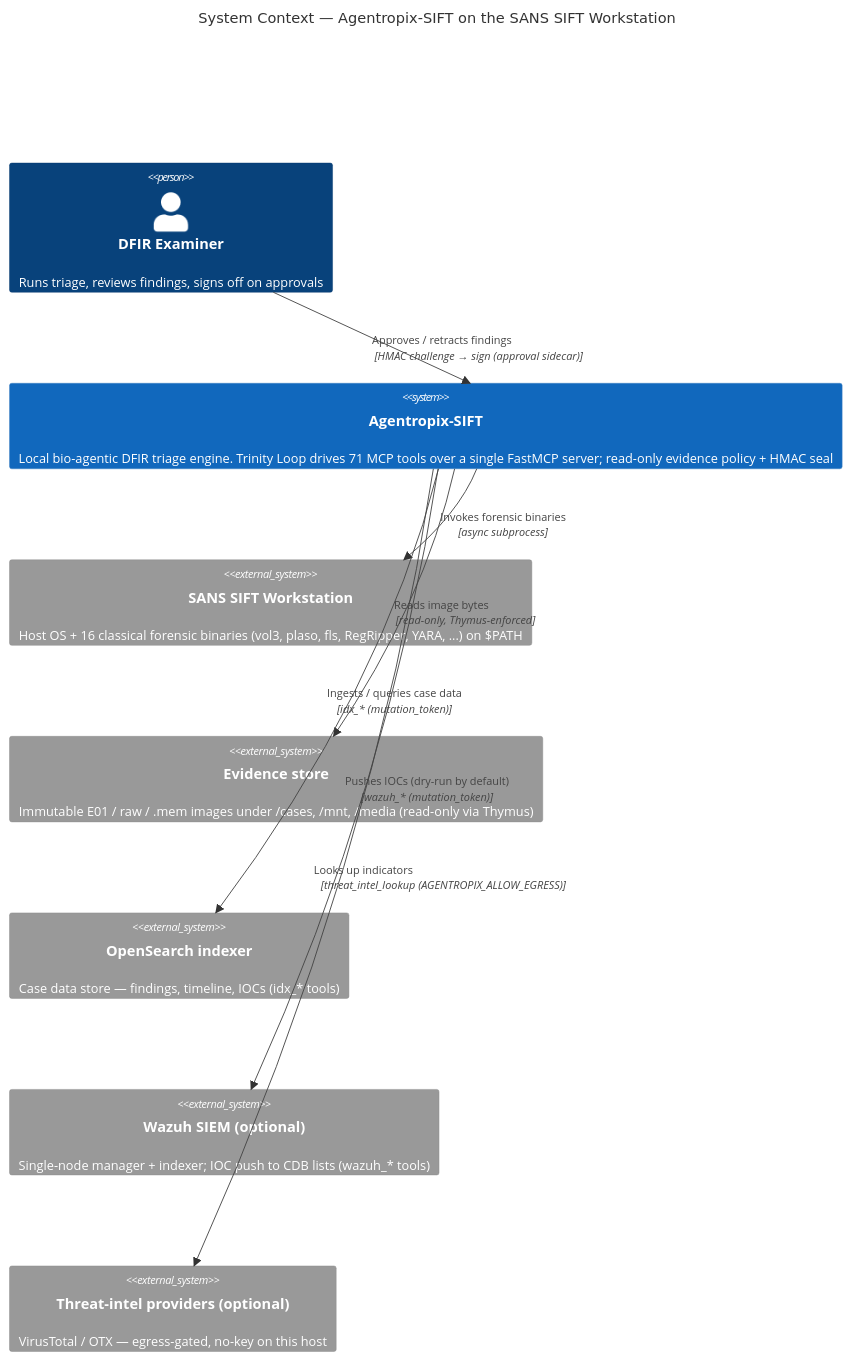
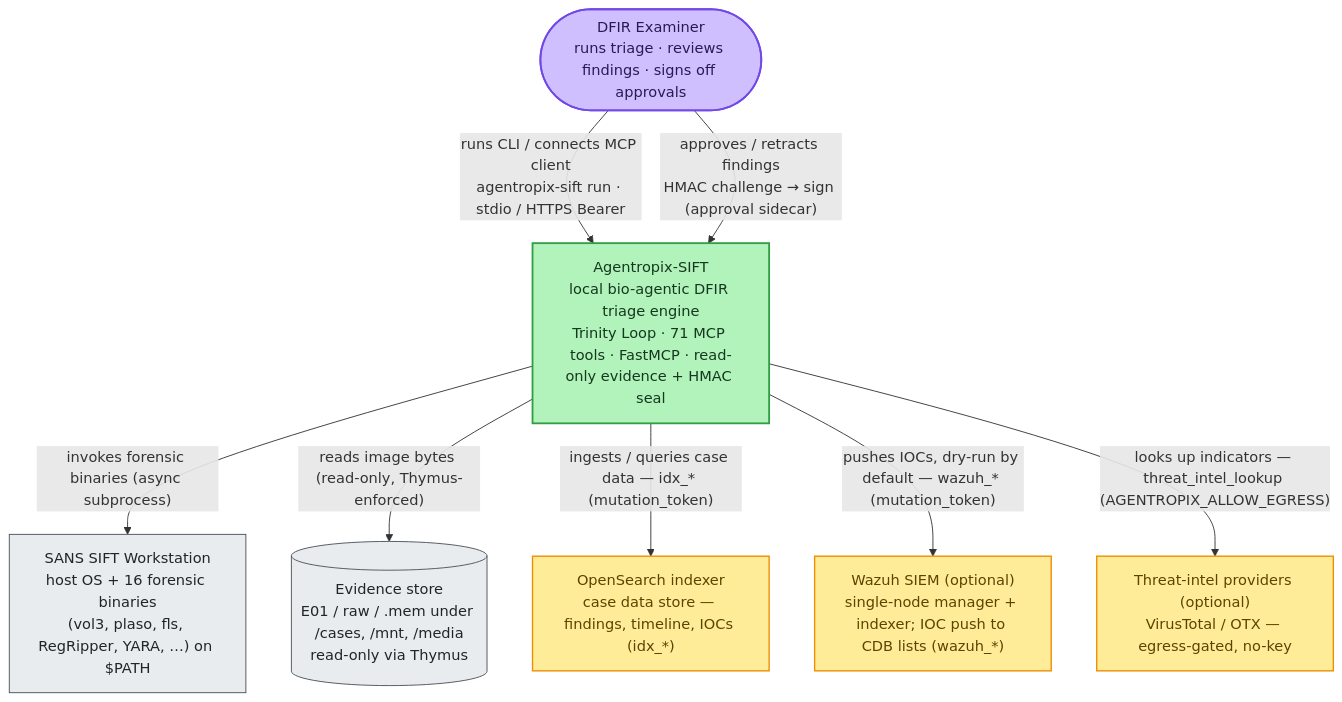
One commit to galvangabriel-web/agentropix-mcp changed the first of 3 diagrams in docs/02-architecture/system-context-c4.md. Above: the diagram before and after it, drawn with Mermaid. The commit also changed other lines of this file and 3 other files, not shown here.

First line of the commit message:
Convert C4 diagrams to flowcharts (GitLab can't render C4) + apply palette

````diff
--- a/docs/02-architecture/system-context-c4.md
+++ b/docs/02-architecture/system-context-c4.md
@@ -23,22 +23,24 @@
 ```mermaid
-C4Context
-    title System Context — Agentropix-SIFT on the SANS SIFT Workstation
+flowchart TB
+    classDef actor fill:#d0bfff,stroke:#7048e8,color:#2b1a52,stroke-width:2px
+    classDef core fill:#b2f2bb,stroke:#2f9e44,color:#15391f,stroke-width:2px
+    classDef ext fill:#e9ecef,stroke:#495057,color:#212529,stroke-width:1px
+    classDef sink fill:#ffec99,stroke:#f08c00,color:#5c4400,stroke-width:1.5px
 
-    Person(examiner, "DFIR Examiner", "Runs triage, reviews findings, signs off on approvals")
+    Examiner(["DFIR Examiner<br/>runs triage · reviews findings · signs off approvals"]):::actor
+    Agentropix["Agentropix-SIFT<br/>local bio-agentic DFIR triage engine<br/>Trinity Loop · 71 MCP tools · FastMCP · read-only evidence + HMAC seal"]:::core
 
-    System(agentropix, "Agentropix-SIFT", "Local bio-agentic DFIR triage engine. Trinity Loop drives 71 MCP tools over a single FastMCP server; read-only evidence policy + HMAC seal")
+    SIFT["SANS SIFT Workstation<br/>host OS + 16 forensic binaries<br/>(vol3, plaso, fls, RegRipper, YARA, …) on $PATH"]:::ext
+    Evidence[("Evidence store<br/>E01 / raw / .mem under /cases, /mnt, /media<br/>read-only via Thymus")]:::ext
+    OpenSearch["OpenSearch indexer<br/>case data store — findings, timeline, IOCs (idx_*)"]:::sink
+    Wazuh["Wazuh SIEM (optional)<br/>single-node manager + indexer; IOC push to CDB lists (wazuh_*)"]:::sink
+    Intel["Threat-intel providers (optional)<br/>VirusTotal / OTX — egress-gated, no-key"]:::sink
 
-    System_Ext(sift, "SANS SIFT Workstation", "Host OS + 16 classical forensic binaries (vol3, plaso, fls, RegRipper, YARA, ...) on $PATH")
-    System_Ext(evidence, "Evidence store", "Immutable E01 / raw / .mem images under /cases, /mnt, /media (read-only via Thymus)")
-    System_Ext(opensearch, "OpenSearch indexer", "Case data store — findings, timeline, IOCs (idx_* tools)")
-    System_Ext(wazuh, "Wazuh SIEM (optional)", "Single-node manager + indexer; IOC push to CDB lists (wazuh_* tools)")
-    System_Ext(intel, "Threat-intel providers (optional)", "VirusTotal / OTX — egress-gated, no-key on this host")
-
-    Rel(examiner, agentropix, "Runs CLI / connects MCP client", "agentropix-sift run · stdio / HTTPS Bearer")
-    Rel(agentropix, sift, "Invokes forensic binaries", "async subprocess")
-    Rel(agentropix, evidence, "Reads image bytes", "read-only, Thymus-enforced")
-    Rel(agentropix, opensearch, "Ingests / queries case data", "idx_* (mutation_token)")
-    Rel(agentropix, wazuh, "Pushes IOCs (dry-run by default)", "wazuh_* (mutation_token)")
-    Rel(agentropix, intel, "Looks up indicators", "threat_intel_lookup (AGENTROPIX_ALLOW_EGRESS)")
-    Rel(examiner, agentropix, "Approves / retracts findings", "HMAC challenge → sign (approval sidecar)")
+    Examiner -->|"runs CLI / connects MCP client<br/>agentropix-sift run · stdio / HTTPS Bearer"| Agentropix
+    Examiner -->|"approves / retracts findings<br/>HMAC challenge → sign (approval sidecar)"| Agentropix
+    Agentropix -->|"invokes forensic binaries (async subprocess)"| SIFT
+    Agentropix -->|"reads image bytes (read-only, Thymus-enforced)"| Evidence
+    Agentropix -->|"ingests / queries case data — idx_* (mutation_token)"| OpenSearch
+    Agentropix -->|"pushes IOCs, dry-run by default — wazuh_* (mutation_token)"| Wazuh
+    Agentropix -->|"looks up indicators — threat_intel_lookup (AGENTROPIX_ALLOW_EGRESS)"| Intel
 ```
````
